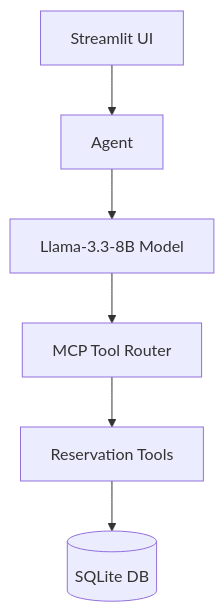
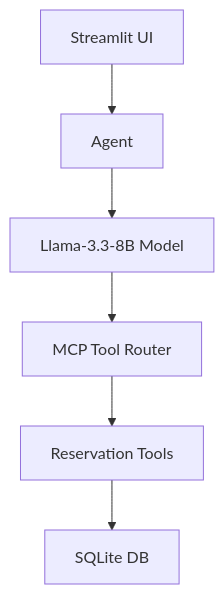
The first of 2 diagrams in README.md (Jagadeeshwar45/Restaurant-Reservation-System), drawn with Mermaid before and after one commit. The commit also changed other lines of this file, not shown here.

Commit message:
Updated README with project documentation and state diagram

````diff
--- a/README.md
+++ b/README.md
@@ -24,8 +24,8 @@
 ```mermaid
 flowchart TD
     A[Streamlit UI] --> B[Agent]
     B --> C[Llama-3.3-8B Model]
     C --> D[MCP Tool Router]
     D --> E[Reservation Tools]
-    E --> F[(SQLite DB)]
+    E --> F[SQLite DB]
 ```
````
